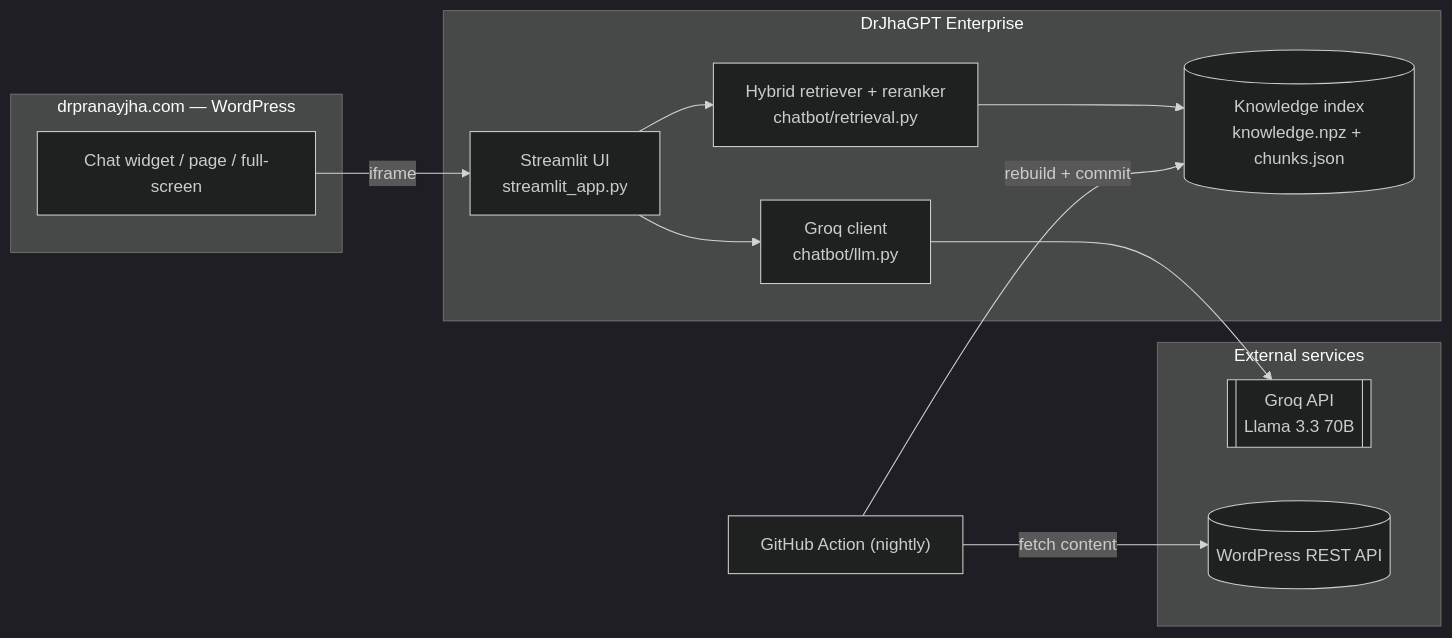
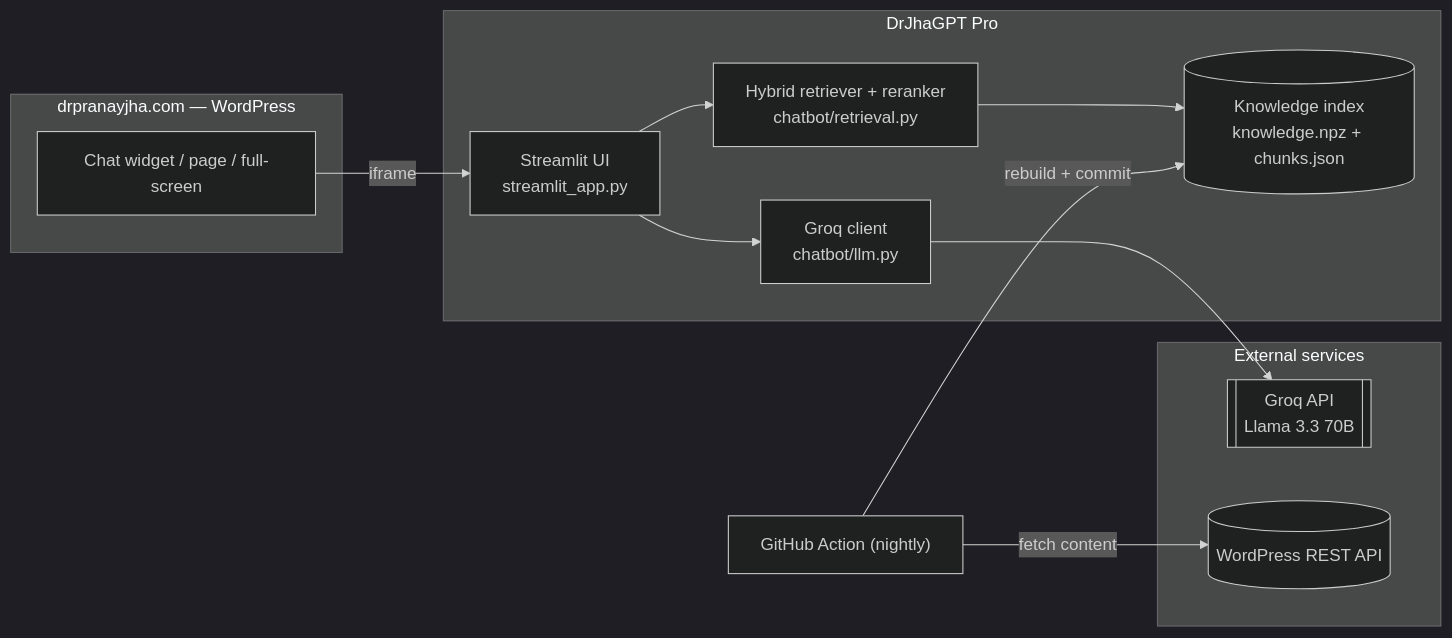
One commit to impranayk/drjhagpt-ent changed the first of 3 diagrams in ARCHITECTURE.md. Above: the diagram before and after it, drawn with Mermaid (dark theme). The commit also changed other lines of this file and 9 other files, not shown here.

First line of the commit message:
Docs: rename edition to "DrJhaGPT Pro" and fix stale auth references

````diff
--- a/ARCHITECTURE.md
+++ b/ARCHITECTURE.md
@@ -18,24 +18,24 @@
 ```mermaid
 flowchart LR
     subgraph Site["drpranayjha.com — WordPress"]
       W["Chat widget / page / full-screen"]
     end
 
-    subgraph App["DrJhaGPT Enterprise"]
+    subgraph App["DrJhaGPT Pro"]
       UI["Streamlit UI<br/>streamlit_app.py"]
       RET["Hybrid retriever + reranker<br/>chatbot/retrieval.py"]
       LLMC["Groq client<br/>chatbot/llm.py"]
       IDX[("Knowledge index<br/>knowledge.npz + chunks.json")]
     end
 
     subgraph Ext["External services"]
       GROQ[["Groq API<br/>Llama 3.3 70B"]]
       WPAPI[("WordPress REST API")]
     end
 
     W -->|iframe| UI
     UI --> RET --> IDX
     UI --> LLMC --> GROQ
     GHA["GitHub Action (nightly)"] -->|fetch content| WPAPI
     GHA -->|rebuild + commit| IDX
 ```
````
